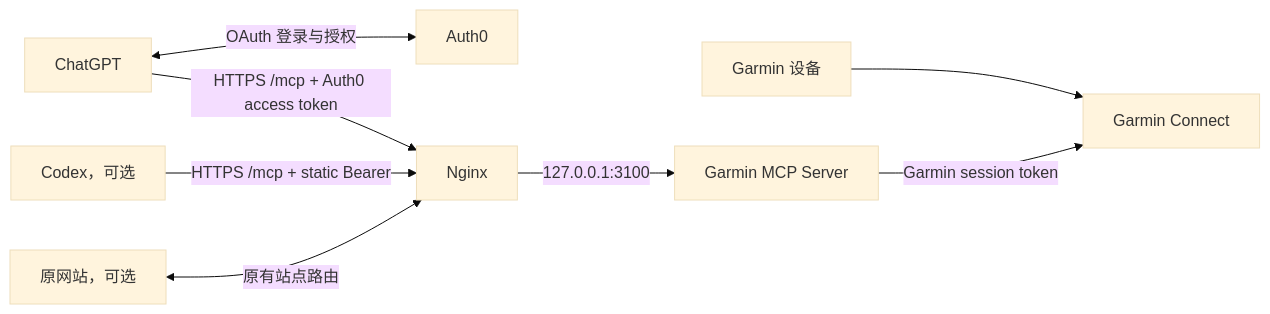
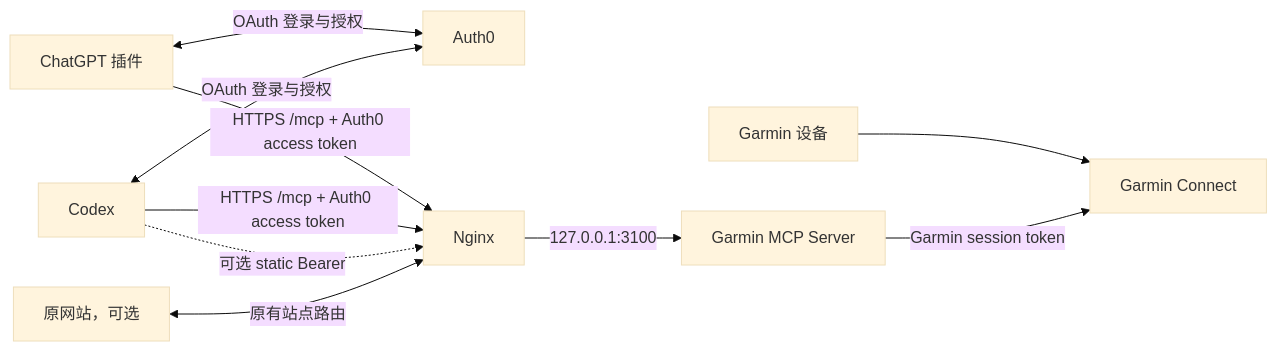
The diagram in docs/deployment-guide.zh-CN.md (getsomecat/garmin-connect-mcp), drawn with Mermaid (base theme) before and after one commit. The commit also changed other lines of this file and 2 other files, not shown here.

Commit message:
docs: update OAuth deployment guide for 12 tools

````diff
--- a/docs/deployment-guide.zh-CN.md
+++ b/docs/deployment-guide.zh-CN.md
@@ -45,10 +45,12 @@
 ```mermaid
 flowchart LR
     W[Garmin 设备] --> G[Garmin Connect]
-    C[ChatGPT] <-->|OAuth 登录与授权| A[Auth0]
+    C[ChatGPT 插件] <-->|OAuth 登录与授权| A[Auth0]
+    X[Codex] <-->|OAuth 登录与授权| A
     C -->|HTTPS /mcp + Auth0 access token| N[Nginx]
-    X[Codex，可选] -->|HTTPS /mcp + static Bearer| N
+    X -->|HTTPS /mcp + Auth0 access token| N
+    X -.->|可选 static Bearer| N
     B[原网站，可选] <-->|原有站点路由| N
     N -->|127.0.0.1:3100| M[Garmin MCP Server]
     M -->|Garmin session token| G
 ```
````
